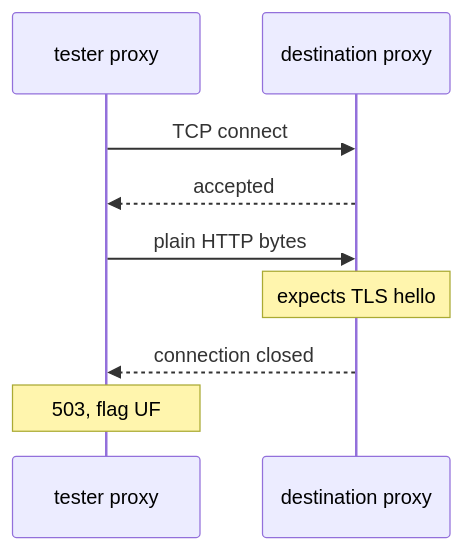
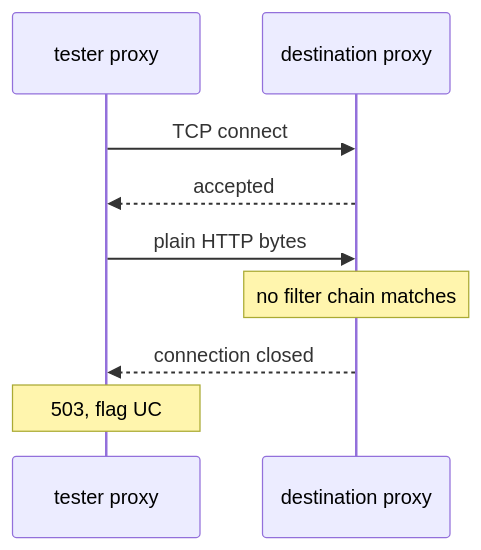
Before and after one commit to astrona-io/ATS016: the diagram in sections/section-050/module-02/course-01-two-objects-two-ends.md, drawn with Mermaid. The commit also changed other lines of this file and 38 other files, not shown here.

````diff
--- a/sections/section-050/module-02/course-01-two-objects-two-ends.md
+++ b/sections/section-050/module-02/course-01-two-objects-two-ends.md
@@ -108,11 +112,11 @@
 ```mermaid
 sequenceDiagram
     participant C as tester proxy
     participant S as destination proxy
     C->>S: TCP connect
     S-->>C: accepted
     C->>S: plain HTTP bytes
-    Note over S: expects TLS hello
+    Note over S: no filter chain matches
     S-->>C: connection closed
-    Note over C: 503, flag UF
+    Note over C: 503, flag UC
 ```
````
